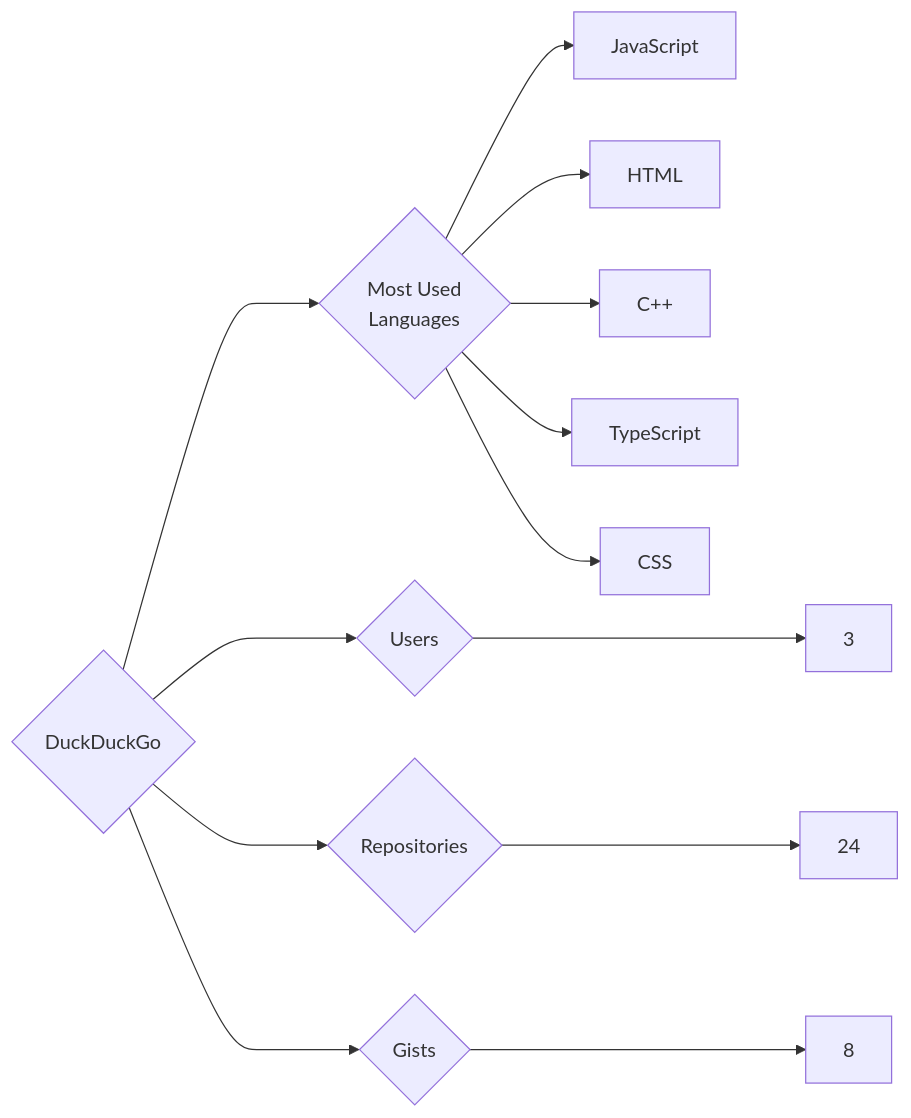
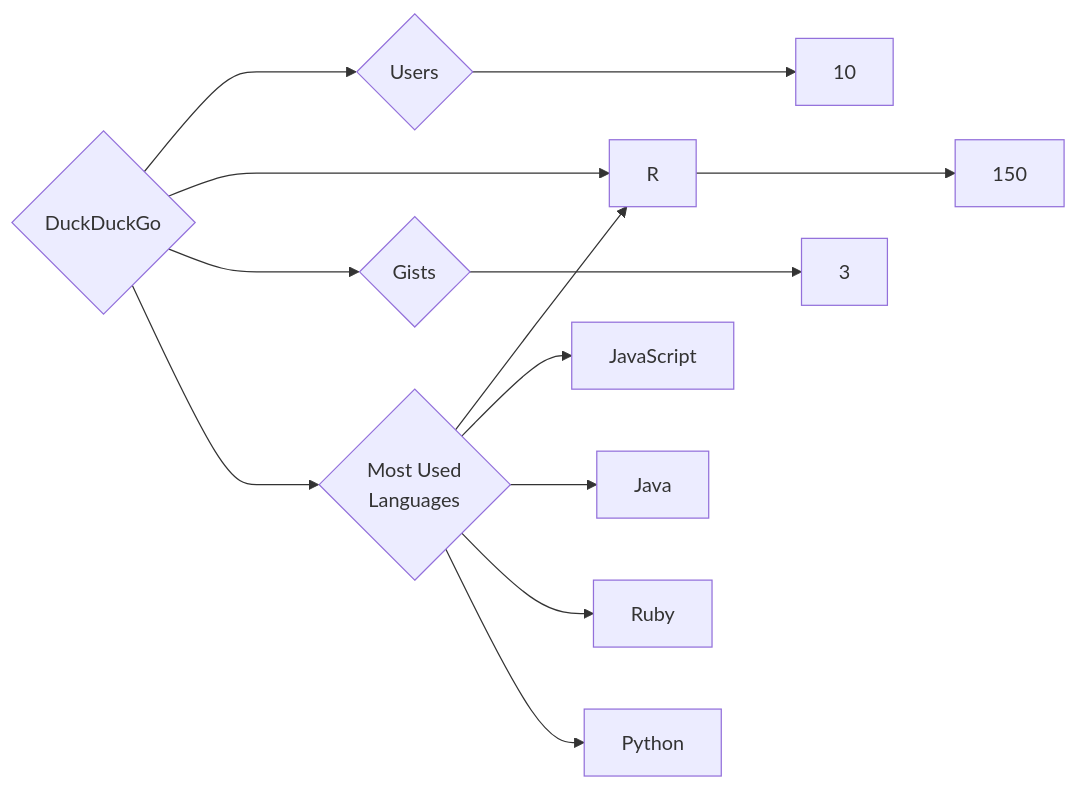
One commit to trickest/insiders changed the diagram in targets/DuckDuckGo/README.md. Above: the diagram before and after it, drawn with Mermaid. The commit also changed 938 other files, not shown here.

````diff
--- a/targets/DuckDuckGo/README.md
+++ b/targets/DuckDuckGo/README.md
@@ -3,13 +3,13 @@
 ```mermaid
 graph LR
 COMPANY_NAME{DuckDuckGo}
-COMPANY_NAME ---> U{Users} ---> UN[3]
-COMPANY_NAME ---> R{Repositories} ---> RN[24]
-COMPANY_NAME ---> G{Gists} ---> GN[8]
+COMPANY_NAME ---> U{Users} ---> UN[10]
+COMPANY_NAME ---> R{Repositories} ---> RN[150]
+COMPANY_NAME ---> G{Gists} ---> GN[3]
 COMPANY_NAME ---> ML{Most Used<br>Languages}
+ML --> R[R]
 ML --> JavaScript[JavaScript]
-ML --> HTML[HTML]
-ML --> C++[C++]
-ML --> TypeScript[TypeScript]
-ML --> CSS[CSS]
+ML --> Java[Java]
+ML --> Ruby[Ruby]
+ML --> Python[Python]
 ```
````
